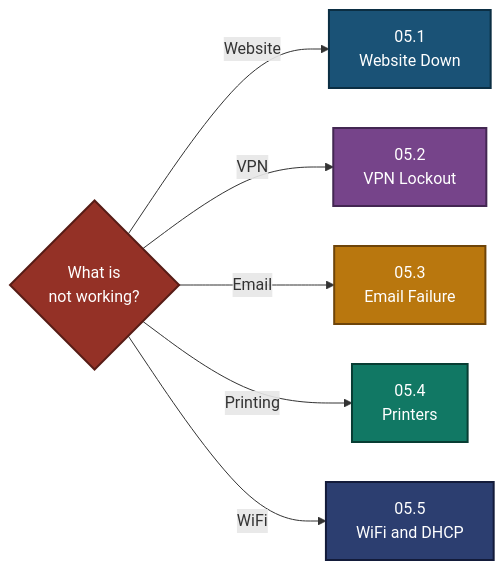
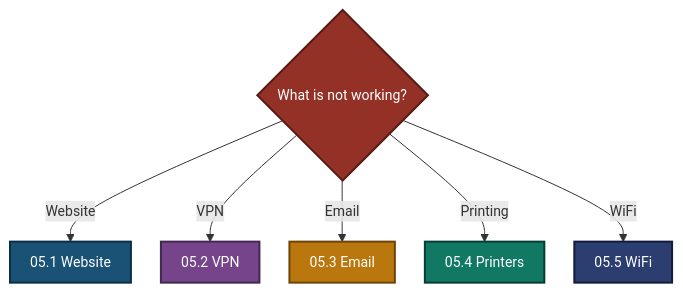
Before and after one commit to malaika-azhar/Customer-Tech-Support-Portfolio: the second of 3 diagrams in 05-Escalation-scripts/README.md, drawn with Mermaid. The commit also changed other lines of this file, not shown here.

````diff
--- a/05-Escalation-scripts/README.md
+++ b/05-Escalation-scripts/README.md
@@ -111,22 +112,22 @@
 ```mermaid
-%%{init: {"flowchart": {"nodeSpacing": 40, "rankSpacing": 90}}}%%
-flowchart LR
-    A{"What is<br>not working?"}
-    A -->|Website| B["05.1<br>Website Down"]
-    A -->|VPN| C["05.2<br>VPN Lockout"]
-    A -->|Email| D["05.3<br>Email Failure"]
-    A -->|Printing| E["05.4<br>Printers"]
-    A -->|WiFi| F["05.5<br>WiFi and DHCP"]
+%%{init: {"flowchart": {"nodeSpacing": 30, "rankSpacing": 40, "padding": 10}, "themeVariables": {"fontSize": "14px"}}}%%
+flowchart TD
+    A{"What is not working?"}
+    A -->|Website| B["05.1 Website"]
+    A -->|VPN| C["05.2 VPN"]
+    A -->|Email| D["05.3 Email"]
+    A -->|Printing| E["05.4 Printers"]
+    A -->|WiFi| F["05.5 WiFi"]
     classDef blue fill:#1A5276,stroke:#0B2E43,stroke-width:2px,color:#FFFFFF;
     classDef red fill:#943126,stroke:#571C16,stroke-width:2px,color:#FFFFFF;
     classDef purple fill:#76448A,stroke:#432752,stroke-width:2px,color:#FFFFFF;
     classDef orange fill:#B9770E,stroke:#6E4409,stroke-width:2px,color:#FFFFFF;
     classDef green fill:#117864,stroke:#083D33,stroke-width:2px,color:#FFFFFF;
     classDef navy fill:#2C3E70,stroke:#131B3A,stroke-width:2px,color:#FFFFFF;
     class A red;
     class B blue;
     class C purple;
     class D orange;
     class E green;
     class F navy;
 ```
````
